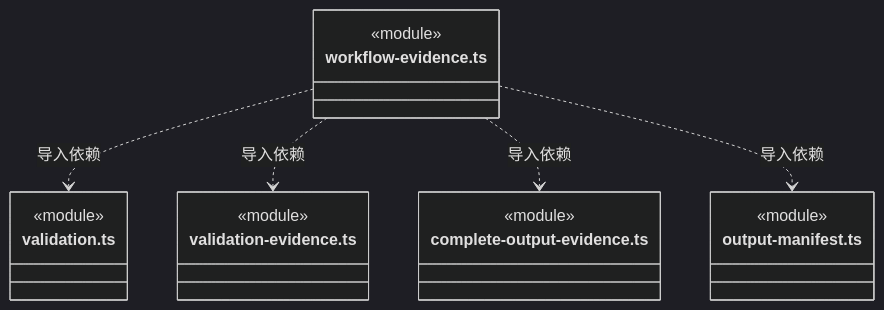
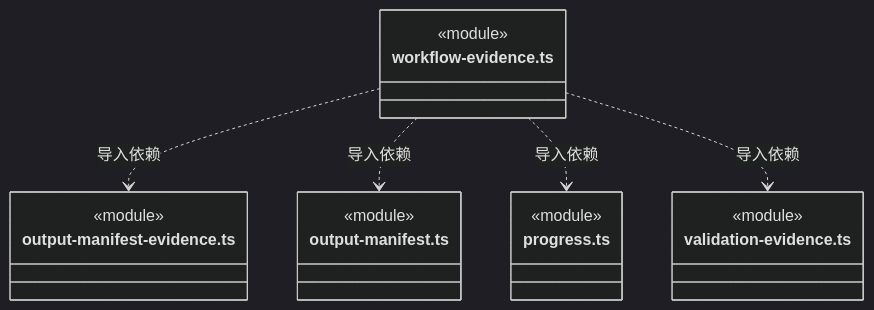
Before and after one commit to nan023062/cbim: diagram 45 of 46 in src/logic/evidence/rules/ARCHITECTURE.md, drawn with Mermaid (dark theme). The commit also changed other lines of this file and 112 other files, not shown here.

Commit message:
docs: align source architecture with current declarations and contracts

````diff
--- a/src/logic/evidence/rules/ARCHITECTURE.md
+++ b/src/logic/evidence/rules/ARCHITECTURE.md
@@ -1054,22 +1039,22 @@
 ```mermaid
 classDiagram
 class N_src_logic_evidence_rules_workflow_evidence_ts["workflow-evidence.ts"] {
   <<module>>
 }
-class N_src_logic_evidence_rules_validation_ts["validation.ts"] {
+class N_src_logic_evidence_rules_output_manifest_evidence_ts["output-manifest-evidence.ts"] {
+  <<module>>
+}
+class N_src_logic_evidence_rules_output_manifest_ts["output-manifest.ts"] {
+  <<module>>
+}
+class N_src_logic_evidence_rules_progress_ts["progress.ts"] {
   <<module>>
 }
 class N_src_logic_evidence_rules_validation_evidence_ts["validation-evidence.ts"] {
   <<module>>
 }
-class N_src_logic_evidence_rules_complete_output_evidence_ts["complete-output-evidence.ts"] {
-  <<module>>
-}
-class N_src_logic_evidence_rules_output_manifest_ts["output-manifest.ts"] {
-  <<module>>
-}
-N_src_logic_evidence_rules_workflow_evidence_ts ..> N_src_logic_evidence_rules_validation_ts : 导入依赖
+N_src_logic_evidence_rules_workflow_evidence_ts ..> N_src_logic_evidence_rules_output_manifest_evidence_ts : 导入依赖
+N_src_logic_evidence_rules_workflow_evidence_ts ..> N_src_logic_evidence_rules_output_manifest_ts : 导入依赖
+N_src_logic_evidence_rules_workflow_evidence_ts ..> N_src_logic_evidence_rules_progress_ts : 导入依赖
 N_src_logic_evidence_rules_workflow_evidence_ts ..> N_src_logic_evidence_rules_validation_evidence_ts : 导入依赖
-N_src_logic_evidence_rules_workflow_evidence_ts ..> N_src_logic_evidence_rules_complete_output_evidence_ts : 导入依赖
-N_src_logic_evidence_rules_workflow_evidence_ts ..> N_src_logic_evidence_rules_output_manifest_ts : 导入依赖
 ```
````
